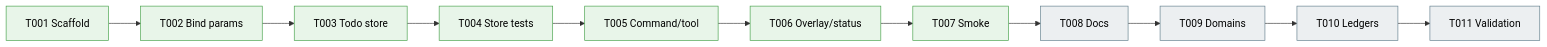
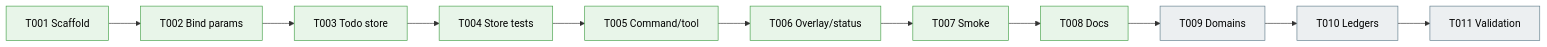
The third of 3 diagrams in docs/plans/010-sql-backed-todo-extension/sql-backed-todo-extension.fltplan.md (vaughanknight/pij), drawn with Mermaid before and after one commit. The commit also changed other lines of this file and 5 other files, not shown here.

````diff
--- a/docs/plans/010-sql-backed-todo-extension/sql-backed-todo-extension.fltplan.md
+++ b/docs/plans/010-sql-backed-todo-extension/sql-backed-todo-extension.fltplan.md
@@ -128,9 +128,9 @@
 ```mermaid
 flowchart LR
     classDef pending fill:#ECEFF1,stroke:#607D8B,color:#000
     classDef active fill:#FFF3E0,stroke:#FB8C00,color:#000
     classDef done fill:#E8F5E9,stroke:#43A047,color:#000
     classDef blocked fill:#FFEBEE,stroke:#E53935,color:#000
 
-    S001[T001 Scaffold]:::done --> S002[T002 Bind params]:::done --> S003[T003 Todo store]:::done --> S004[T004 Store tests]:::done --> S005[T005 Command/tool]:::done --> S006[T006 Overlay/status]:::done --> S007[T007 Smoke]:::done --> S008[T008 Docs]:::pending --> S009[T009 Domains]:::pending --> S010[T010 Ledgers]:::pending --> S011[T011 Validation]:::pending
+    S001[T001 Scaffold]:::done --> S002[T002 Bind params]:::done --> S003[T003 Todo store]:::done --> S004[T004 Store tests]:::done --> S005[T005 Command/tool]:::done --> S006[T006 Overlay/status]:::done --> S007[T007 Smoke]:::done --> S008[T008 Docs]:::done --> S009[T009 Domains]:::pending --> S010[T010 Ledgers]:::pending --> S011[T011 Validation]:::pending
 ```
````
